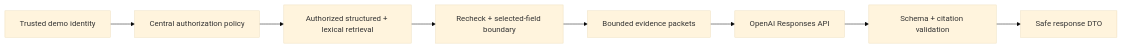
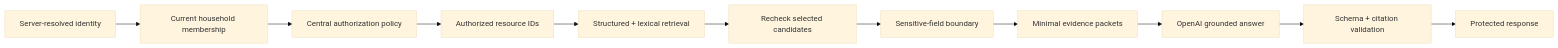
One commit to inference-stack-llc/privato changed the diagram in README.md. Above: the diagram before and after it, drawn with Mermaid (base theme). The commit also changed other lines of this file, not shown here.

````diff
--- a/README.md
+++ b/README.md
@@ -128,10 +75,13 @@
 ```mermaid
 flowchart LR
-  I[Trusted demo identity] --> A[Central authorization policy]
-  A --> R[Authorized structured + lexical retrieval]
-  R --> D[Recheck + selected-field boundary]
-  D --> E[Bounded evidence packets]
-  E --> O[OpenAI Responses API]
-  O --> C[Schema + citation validation]
-  C --> U[Safe response DTO]
+    A["Server-resolved identity"] --> B["Current household membership"]
+    B --> C["Central authorization policy"]
+    C --> D["Authorized resource IDs"]
+    D --> E["Structured + lexical retrieval"]
+    E --> F["Recheck selected candidates"]
+    F --> G["Sensitive-field boundary"]
+    G --> H["Minimal evidence packets"]
+    H --> I["OpenAI grounded answer"]
+    I --> J["Schema + citation validation"]
+    J --> K["Protected response"]
 ```
````
